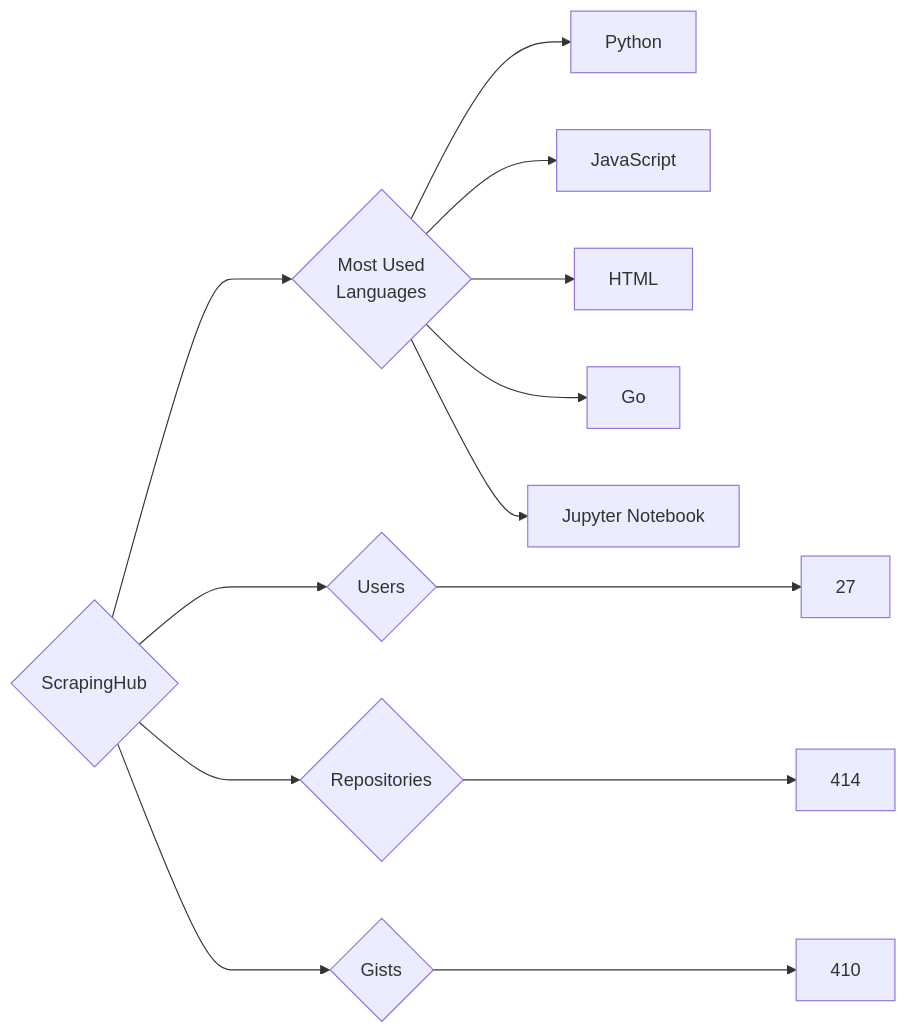
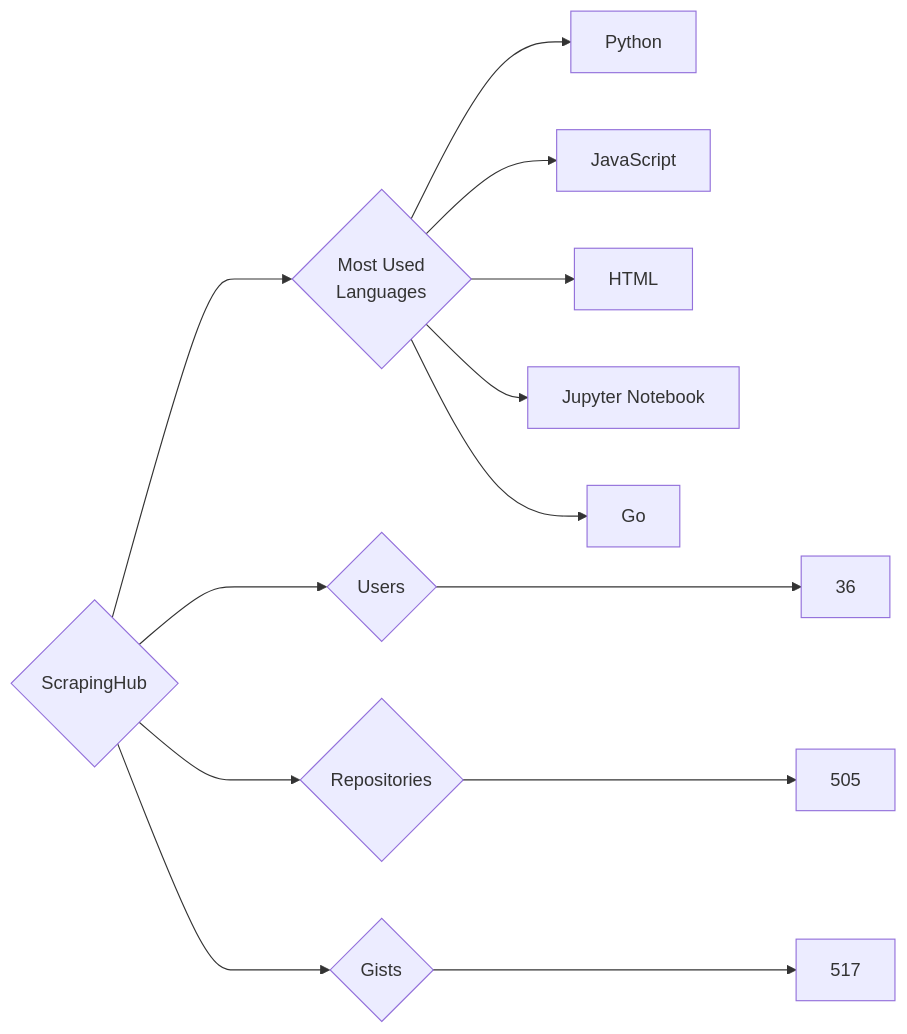
Before and after one commit to trickest/insiders: the diagram in targets/ScrapingHub/README.md, drawn with Mermaid. The commit also changed 972 other files, not shown here.

````diff
--- a/targets/ScrapingHub/README.md
+++ b/targets/ScrapingHub/README.md
@@ -3,13 +3,13 @@
 ```mermaid
 graph LR
 COMPANY_NAME{ScrapingHub}
-COMPANY_NAME ---> U{Users} ---> UN[27]
-COMPANY_NAME ---> R{Repositories} ---> RN[414]
-COMPANY_NAME ---> G{Gists} ---> GN[410]
+COMPANY_NAME ---> U{Users} ---> UN[36]
+COMPANY_NAME ---> R{Repositories} ---> RN[505]
+COMPANY_NAME ---> G{Gists} ---> GN[517]
 COMPANY_NAME ---> ML{Most Used<br>Languages}
 ML --> Python[Python]
 ML --> JavaScript[JavaScript]
 ML --> HTML[HTML]
+ML --> Jupyter_Notebook[Jupyter Notebook]
 ML --> Go[Go]
-ML --> Jupyter_Notebook[Jupyter Notebook]
 ```
````
